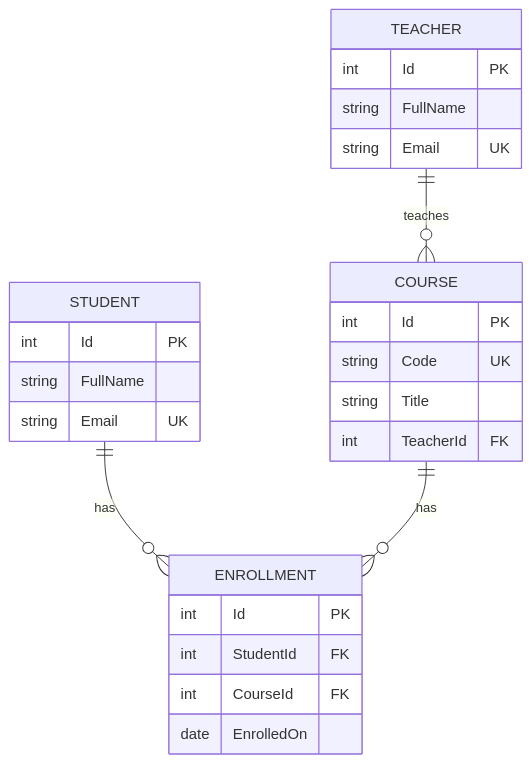
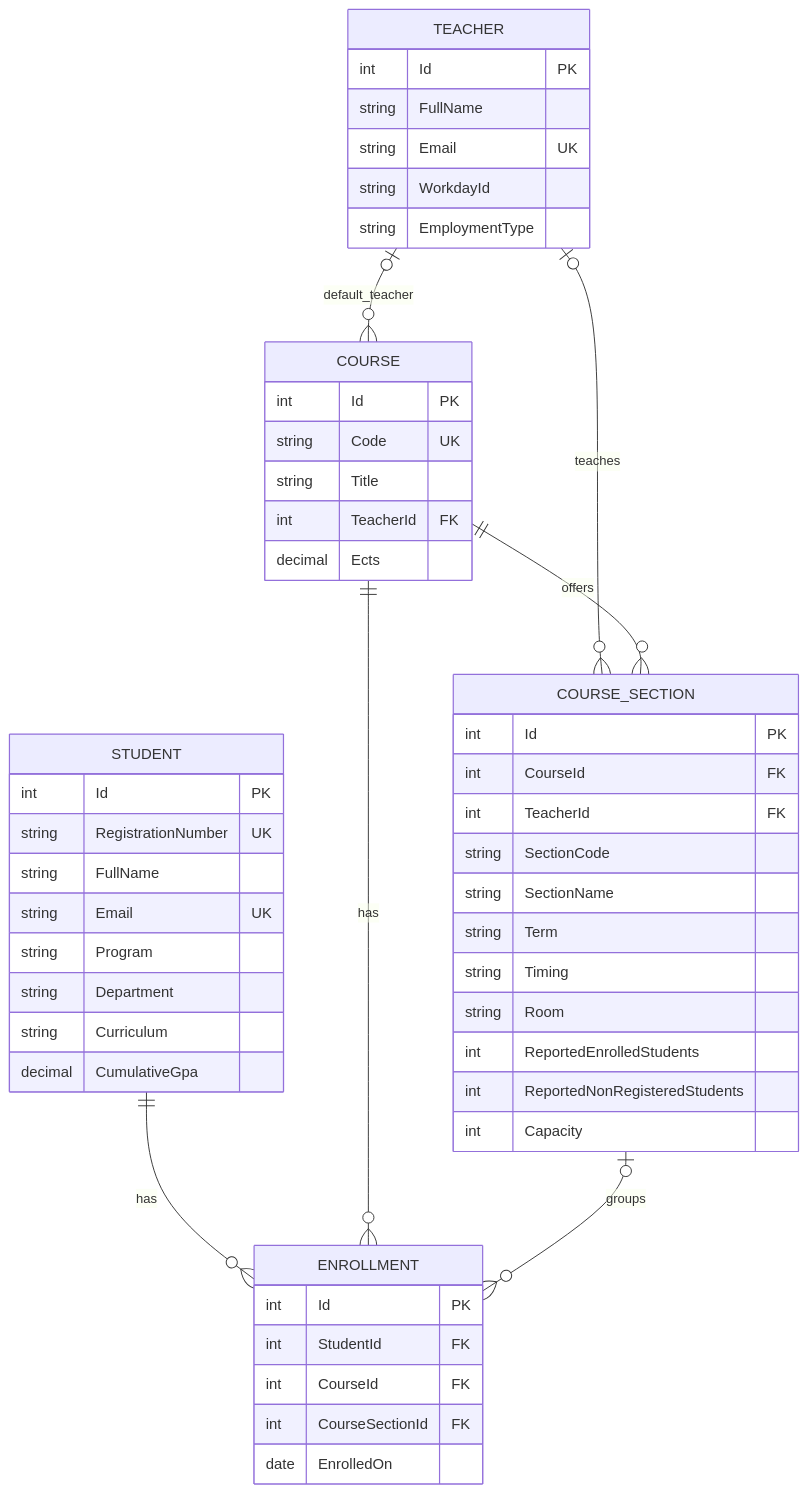
One commit to Christosst/CSE213-Web-Programming changed the diagram in Demos/UniversityApi/README.md. Above: the diagram before and after it, drawn with Mermaid. The commit also changed other lines of this file and 37 other files, not shown here.

````diff
--- a/Demos/UniversityApi/README.md
+++ b/Demos/UniversityApi/README.md
@@ -13,28 +13,53 @@
 ```mermaid
 erDiagram
-    TEACHER ||--o{ COURSE : teaches
+    TEACHER o|--o{ COURSE : default_teacher
+    TEACHER o|--o{ COURSE_SECTION : teaches
+    COURSE ||--o{ COURSE_SECTION : offers
     STUDENT ||--o{ ENROLLMENT : has
     COURSE ||--o{ ENROLLMENT : has
+    COURSE_SECTION o|--o{ ENROLLMENT : groups
     STUDENT {
         int Id PK
+        string RegistrationNumber UK
         string FullName
         string Email UK
+        string Program
+        string Department
+        string Curriculum
+        decimal CumulativeGpa
     }
     TEACHER {
         int Id PK
         string FullName
         string Email UK
+        string WorkdayId
+        string EmploymentType
     }
     COURSE {
         int Id PK
         string Code UK
         string Title
         int TeacherId FK
+        decimal Ects
+    }
+    COURSE_SECTION {
+        int Id PK
+        int CourseId FK
+        int TeacherId FK
+        string SectionCode
+        string SectionName
+        string Term
+        string Timing
+        string Room
+        int ReportedEnrolledStudents
+        int ReportedNonRegisteredStudents
+        int Capacity
     }
     ENROLLMENT {
         int Id PK
         int StudentId FK
         int CourseId FK
+        int CourseSectionId FK
         date EnrolledOn
     }
 ```
````
